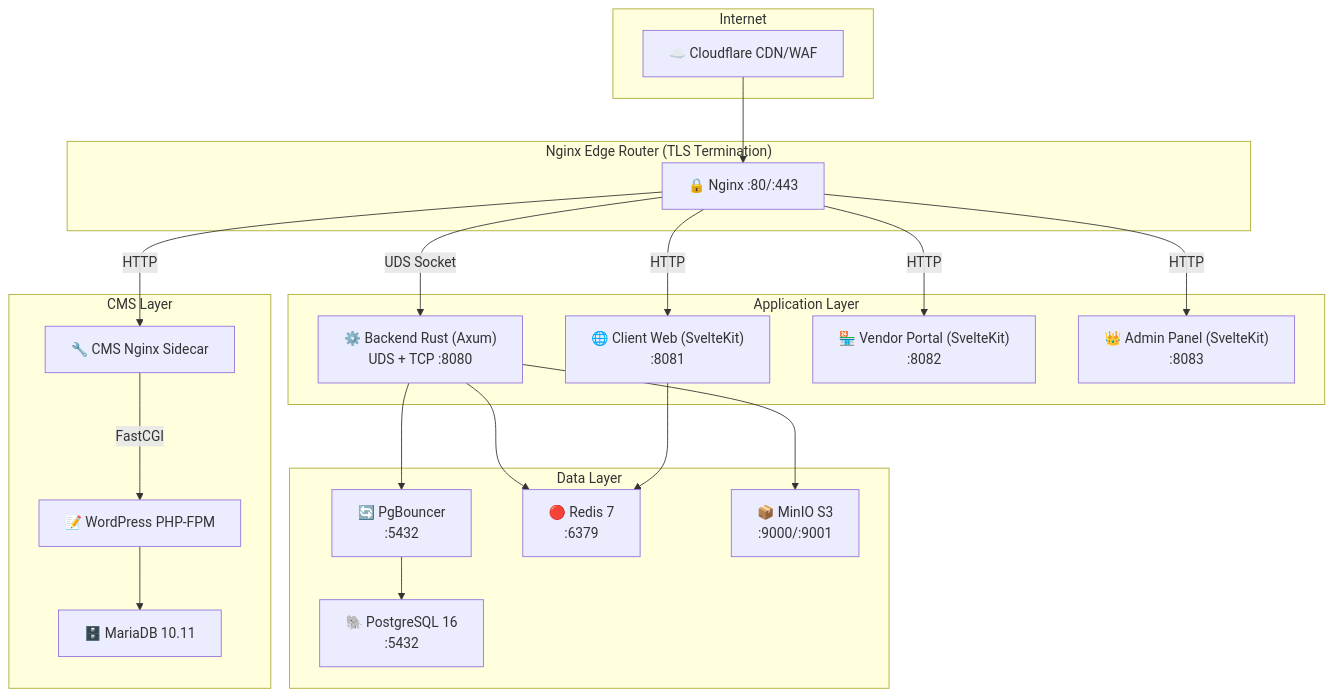
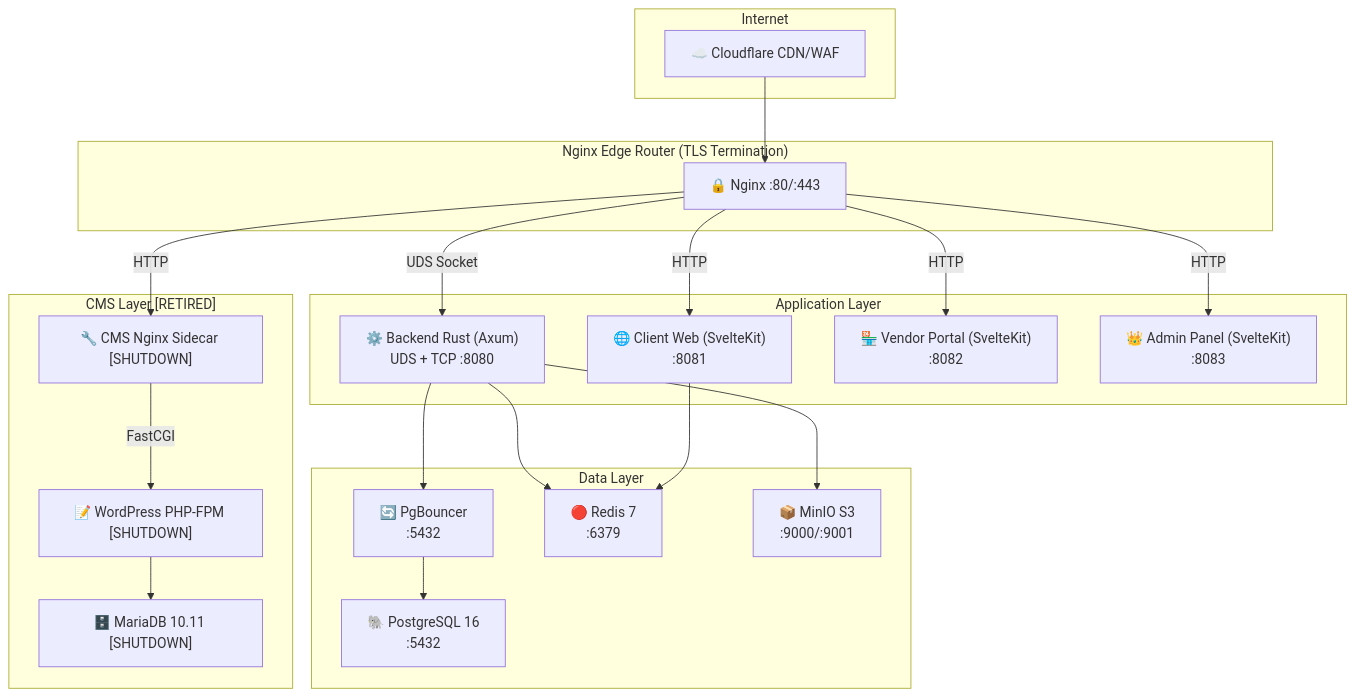
One commit to ramizbhai/zafafworld.net changed the first of 2 diagrams in README.md. Above: the diagram before and after it, drawn with Mermaid. The commit also changed other lines of this file and 4370 other files, not shown here.

````diff
--- a/README.md
+++ b/README.md
@@ -9,45 +9,45 @@
 ```mermaid
 graph TB
     subgraph Internet
         CF["☁️ Cloudflare CDN/WAF"]
     end
     
     subgraph "Nginx Edge Router (TLS Termination)"
         NG["🔒 Nginx :80/:443"]
     end
     
     subgraph "Application Layer"
         BE["⚙️ Backend Rust (Axum)<br/>UDS + TCP :8080"]
         CW["🌐 Client Web (SvelteKit)<br/>:8081"]
         VP["🏪 Vendor Portal (SvelteKit)<br/>:8082"]
         AP["👑 Admin Panel (SvelteKit)<br/>:8083"]
     end
     
     subgraph "Data Layer"
         PG["🐘 PostgreSQL 16<br/>:5432"]
         PB["🔄 PgBouncer<br/>:5432"]
         RD["🔴 Redis 7<br/>:6379"]
         MN["📦 MinIO S3<br/>:9000/:9001"]
     end
     
-    subgraph "CMS Layer"
-        WP["📝 WordPress PHP-FPM"]
-        WPNG["🔧 CMS Nginx Sidecar"]
-        MDB["🗄️ MariaDB 10.11"]
+    subgraph "CMS Layer [RETIRED]"
+        WP["📝 WordPress PHP-FPM [SHUTDOWN]"]
+        WPNG["🔧 CMS Nginx Sidecar [SHUTDOWN]"]
+        MDB["🗄️ MariaDB 10.11 [SHUTDOWN]"]
     end
     
     CF --> NG
     NG -->|"UDS Socket"| BE
     NG -->|"HTTP"| CW
     NG -->|"HTTP"| VP
     NG -->|"HTTP"| AP
     NG -->|"HTTP"| WPNG
     
     BE --> PB --> PG
     BE --> RD
     BE --> MN
     CW --> RD
     
     WPNG -->|"FastCGI"| WP
     WP --> MDB
 ```
````
